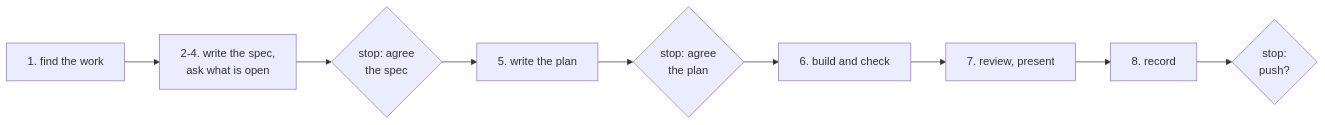
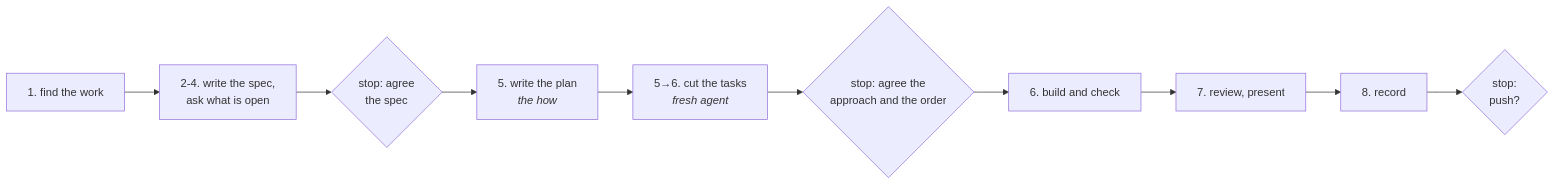
The second of 2 diagrams in README.md (pausf/libretto-automata), drawn with Mermaid before and after one commit. The commit also changed other lines of this file, not shown here.

First line of the commit message:
docs(readme): the plan is the how, and the stop moved to the task cut

````diff
--- a/README.md
+++ b/README.md
@@ -54,11 +55,12 @@
 ```mermaid
 flowchart LR
     f1["1. find the work"] --> f2["2-4. write the spec,<br/>ask what is open"]
     f2 --> s1{"stop: agree<br/>the spec"}
-    s1 --> f5["5. write the plan"]
-    f5 --> s2{"stop: agree<br/>the plan"}
+    s1 --> f5["5. write the plan<br/><i>the how</i>"]
+    f5 --> c5["5→6. cut the tasks<br/><i>fresh agent</i>"]
+    c5 --> s2{"stop: agree the<br/>approach and the order"}
     s2 --> f6["6. build and check"]
     f6 --> f7["7. review, present"]
     f7 --> f8["8. record"]
     f8 --> s3{"stop:<br/>push?"}
 ```
````
